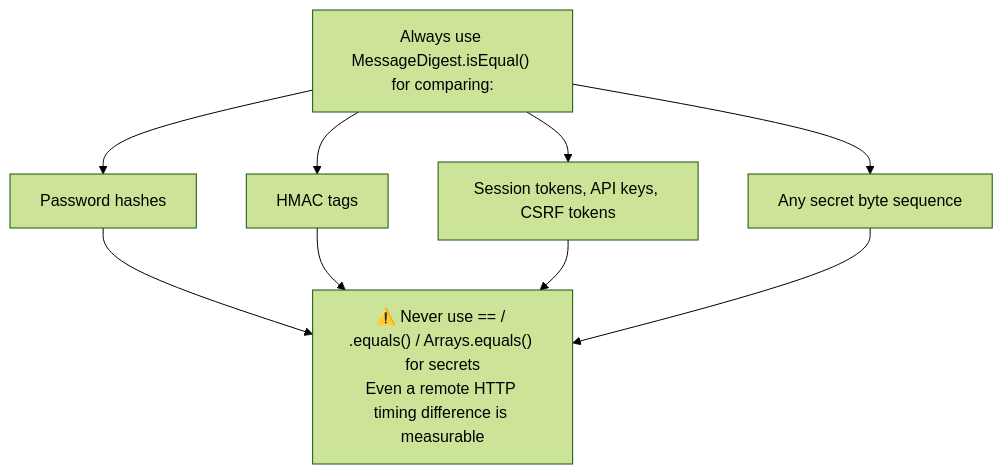
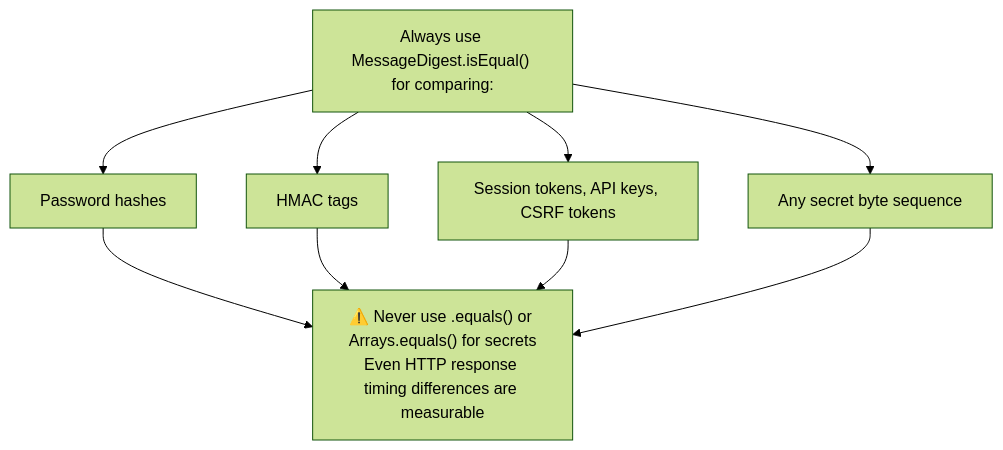
One commit to csoares/SecurityJava changed the third of 9 diagrams in src/main/java/security/attacks/README.md. Above: the diagram before and after it, drawn with Mermaid (forest theme). The commit also changed other lines of this file and 10 other files, not shown here.

Commit message:
Refine README diagrams and descriptions for clarity and accuracy

````diff
--- a/src/main/java/security/attacks/README.md
+++ b/src/main/java/security/attacks/README.md
@@ -62,10 +62,10 @@
 ```mermaid
 flowchart TD
     RULE["Always use MessageDigest.isEqual() for comparing:"]
     R1["Password hashes"]
     R2["HMAC tags"]
     R3["Session tokens, API keys, CSRF tokens"]
     R4["Any secret byte sequence"]
     RULE --> R1 & R2 & R3 & R4
-    R1 & R2 & R3 & R4 --> NEVER["⚠️ Never use == / .equals() / Arrays.equals() for secrets<br/>Even a remote HTTP timing difference is measurable"]
+    R1 & R2 & R3 & R4 --> NEVER["⚠️ Never use .equals() or Arrays.equals() for secrets<br/>Even HTTP response timing differences are measurable"]
 ```
````
